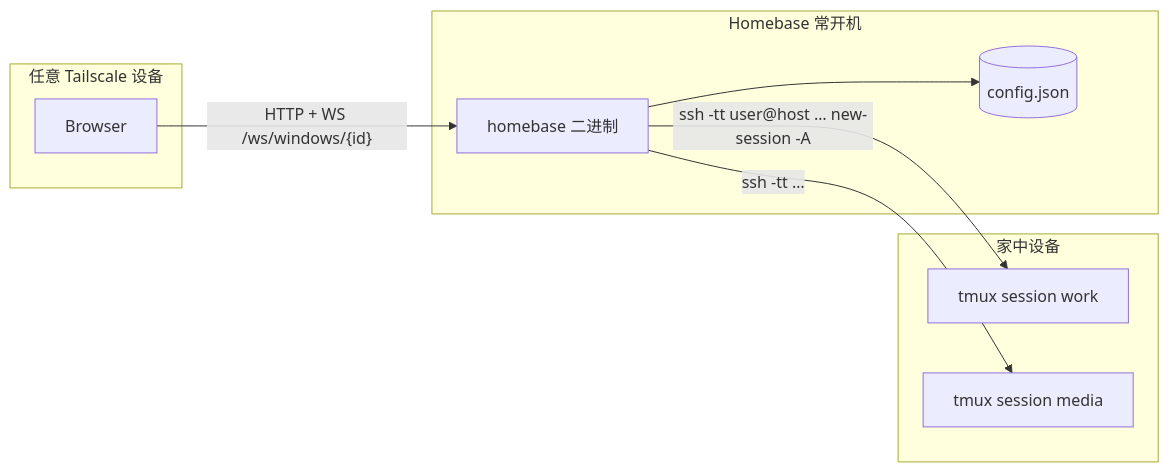
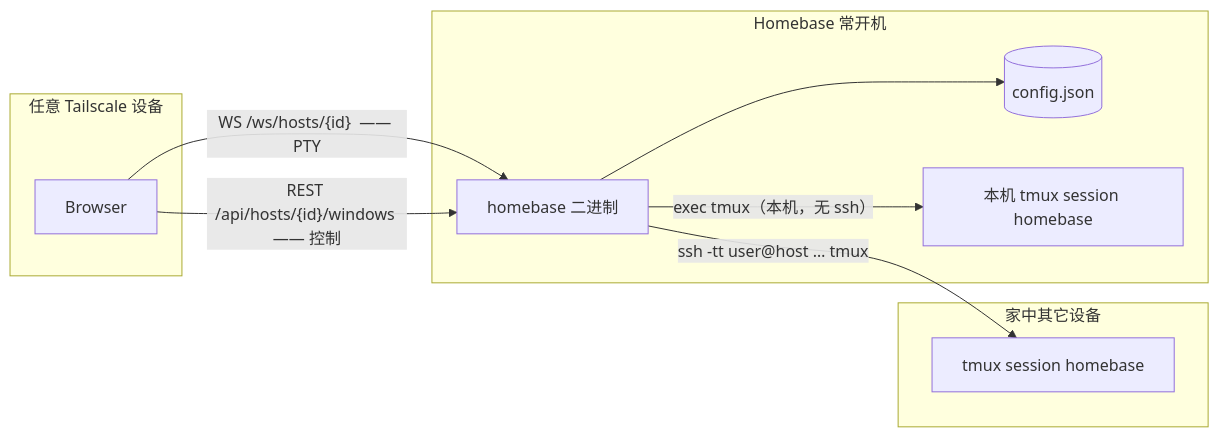
Before and after one commit to YangHanqing/homebase: the diagram in docs/DESIGN.md, drawn with Mermaid. The commit also changed other lines of this file and 75 other files, not shown here.

````diff
--- a/docs/DESIGN.md
+++ b/docs/DESIGN.md
@@ -88,18 +97,19 @@
 ```mermaid
 flowchart LR
   subgraph devices [任意 Tailscale 设备]
     B[Browser]
   end
   subgraph mini [Homebase 常开机]
     H[homebase 二进制]
     C[(config.json)]
+    TL[本机 tmux session homebase]
   end
-  subgraph remotes [家中设备]
-    T1[tmux session work]
-    T2[tmux session media]
+  subgraph remotes [家中其它设备]
+    T2[tmux session homebase]
   end
-  B -->|"HTTP + WS /ws/windows/{id}"| H
+  B -->|"WS /ws/hosts/{id}  —— PTY"| H
+  B -->|"REST /api/hosts/{id}/windows —— 控制"| H
   H --> C
-  H -->|"ssh -tt user@host … new-session -A"| T1
-  H -->|"ssh -tt …"| T2
+  H -->|"exec tmux（本机，无 ssh）"| TL
+  H -->|"ssh -tt user@host … tmux"| T2
 ```
````
